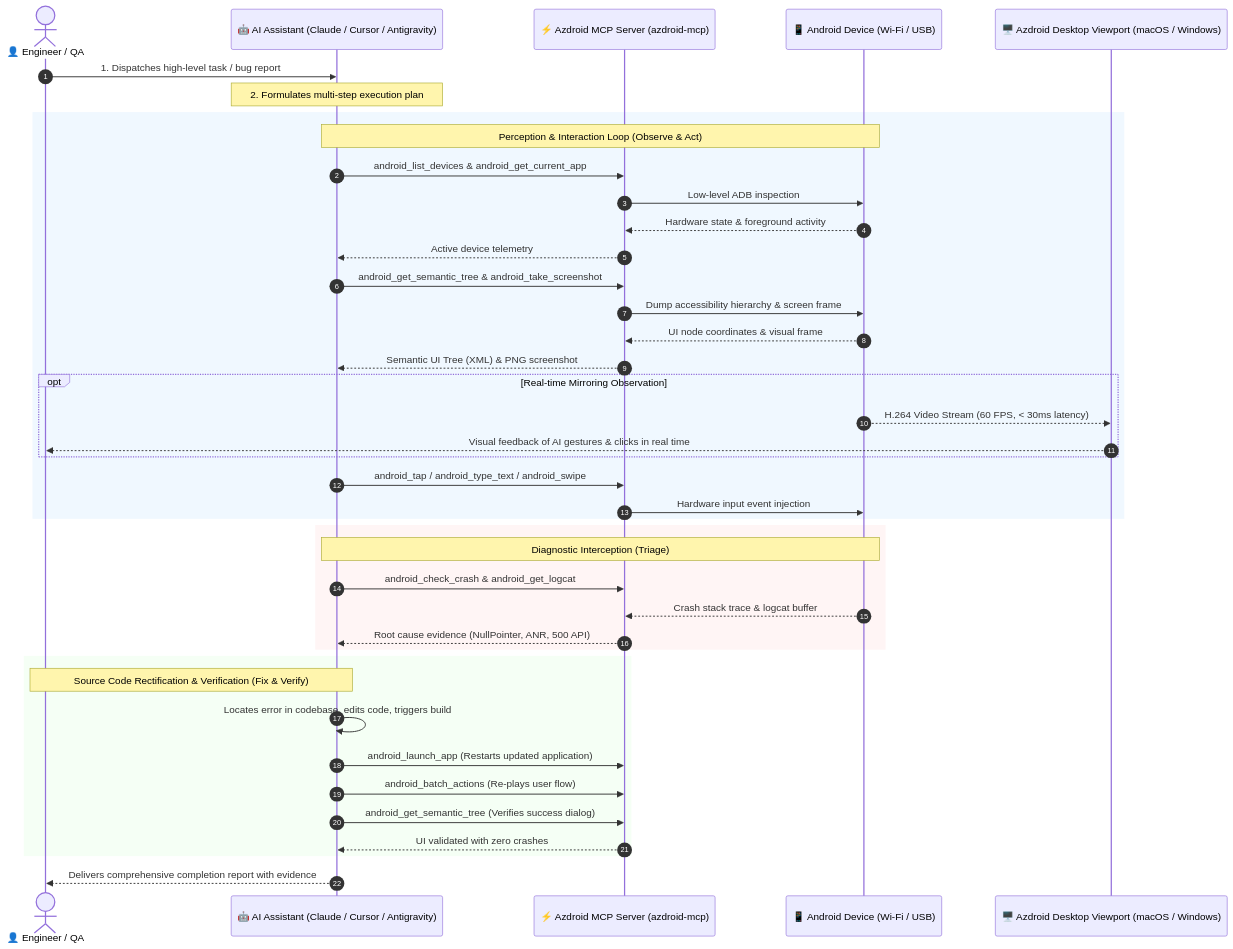
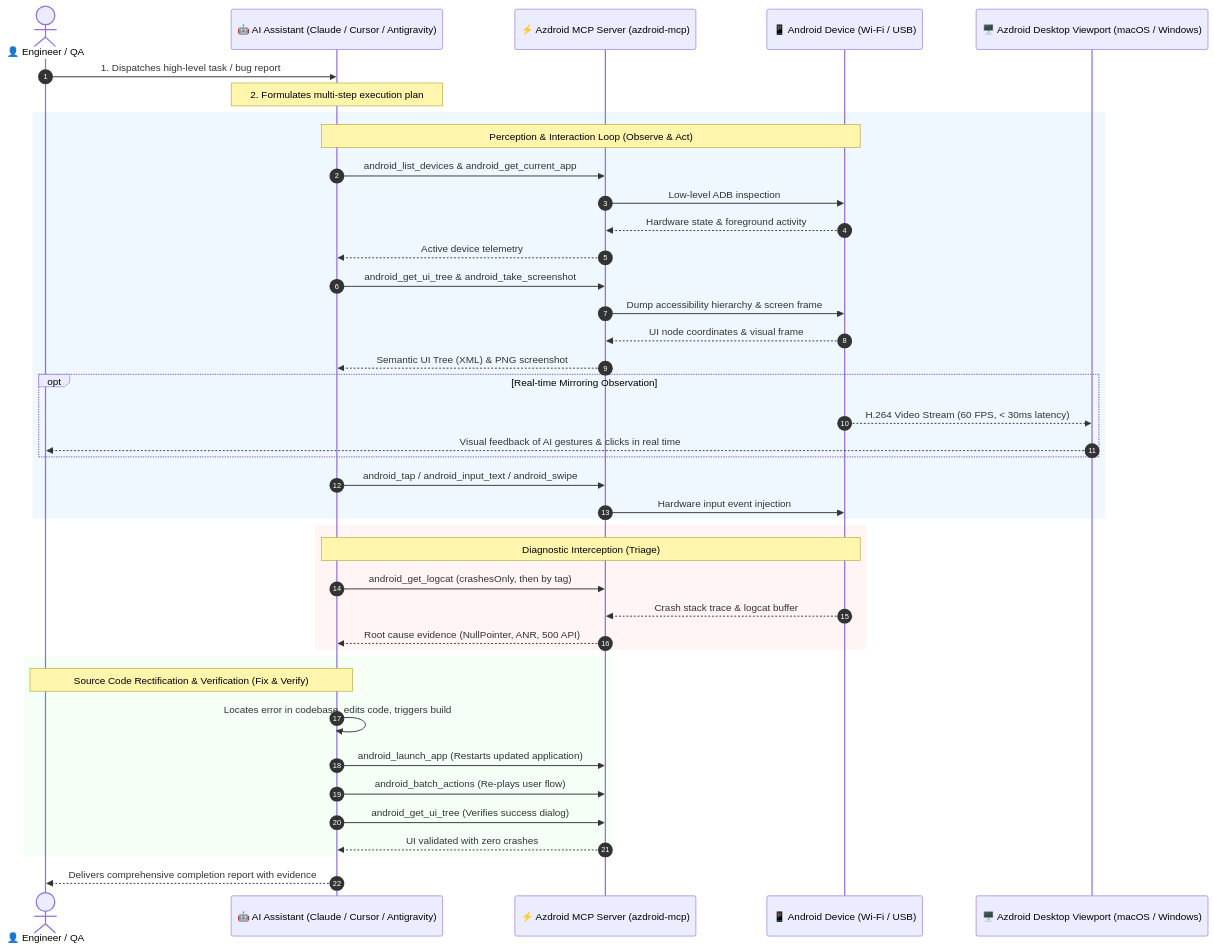
Before and after one commit to az-coder-123/azdroid: the second of 3 diagrams in README.md, drawn with Mermaid. The commit also changed other lines of this file and 84 other files, not shown here.

````diff
--- a/README.md
+++ b/README.md
@@ -184,51 +184,51 @@
 ```mermaid
 sequenceDiagram
     autonumber
     actor User as 👤 Engineer / QA
     participant AI as 🤖 AI Assistant (Claude / Cursor / Antigravity)
     participant MCP as ⚡️ Azdroid MCP Server (azdroid-mcp)
     participant Device as 📱 Android Device (Wi-Fi / USB)
     participant Desktop as 🖥️ Azdroid Desktop Viewport (macOS / Windows)
 
     User->>AI: 1. Dispatches high-level task / bug report
     Note over AI: 2. Formulates multi-step execution plan
 
     rect rgb(240, 248, 255)
         Note over AI,Device: Perception & Interaction Loop (Observe & Act)
         AI->>MCP: android_list_devices & android_get_current_app
         MCP->>Device: Low-level ADB inspection
         Device-->>MCP: Hardware state & foreground activity
         MCP-->>AI: Active device telemetry
 
-        AI->>MCP: android_get_semantic_tree & android_take_screenshot
+        AI->>MCP: android_get_ui_tree & android_take_screenshot
         MCP->>Device: Dump accessibility hierarchy & screen frame
         Device-->>MCP: UI node coordinates & visual frame
         MCP-->>AI: Semantic UI Tree (XML) & PNG screenshot
         
         opt Real-time Mirroring Observation
             Device-->>Desktop: H.264 Video Stream (60 FPS, < 30ms latency)
             Desktop-->>User: Visual feedback of AI gestures & clicks in real time
         end
 
-        AI->>MCP: android_tap / android_type_text / android_swipe
+        AI->>MCP: android_tap / android_input_text / android_swipe
         MCP->>Device: Hardware input event injection
     end
 
     rect rgb(255, 245, 245)
         Note over AI,Device: Diagnostic Interception (Triage)
-        AI->>MCP: android_check_crash & android_get_logcat
+        AI->>MCP: android_get_logcat (crashesOnly, then by tag)
         Device-->>MCP: Crash stack trace & logcat buffer
         MCP-->>AI: Root cause evidence (NullPointer, ANR, 500 API)
     end
 
     rect rgb(245, 255, 245)
         Note over AI,User: Source Code Rectification & Verification (Fix & Verify)
         AI->>AI: Locates error in codebase, edits code, triggers build
         AI->>MCP: android_launch_app (Restarts updated application)
         AI->>MCP: android_batch_actions (Re-plays user flow)
-        AI->>MCP: android_get_semantic_tree (Verifies success dialog)
+        AI->>MCP: android_get_ui_tree (Verifies success dialog)
         MCP-->>AI: UI validated with zero crashes
     end
 
     AI-->>User: Delivers comprehensive completion report with evidence
 ```
````
